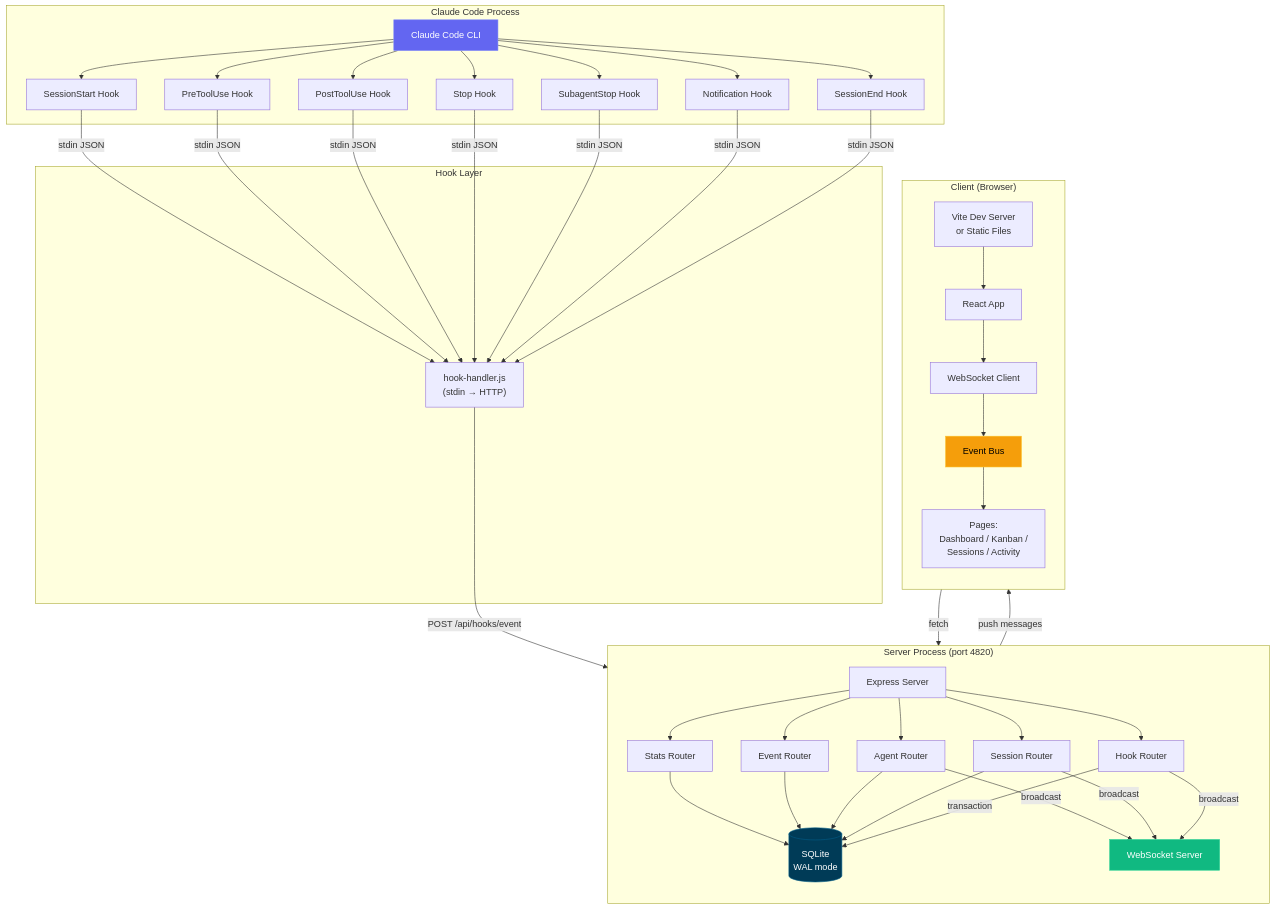
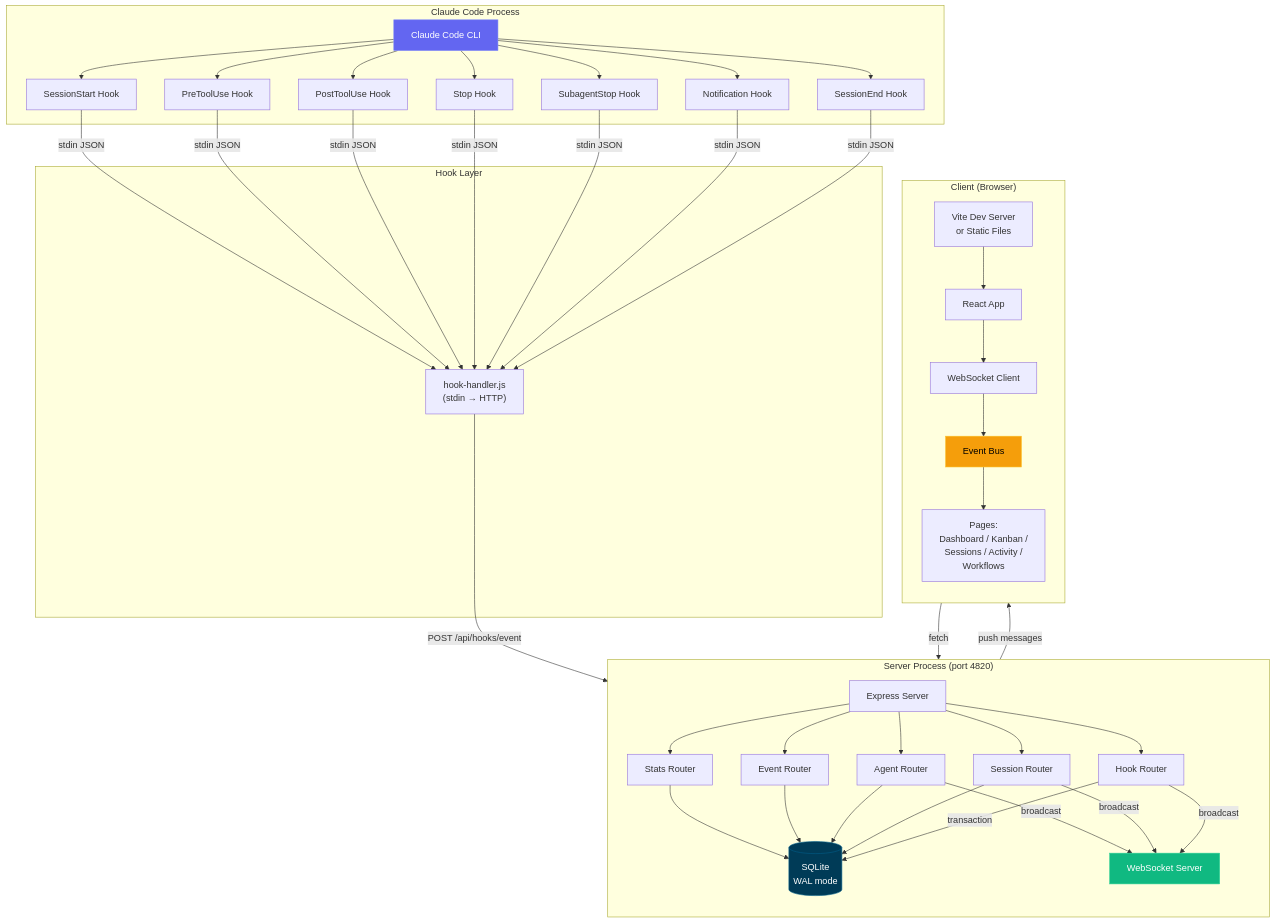
The second of 27 diagrams in ARCHITECTURE.md (StrainReviews/Claude-Code-Agent-Monitor), drawn with Mermaid before and after one commit. The commit also changed other lines of this file and 29 other files, not shown here.

````diff
--- a/ARCHITECTURE.md
+++ b/ARCHITECTURE.md
@@ -78,60 +79,60 @@
 ```mermaid
 graph TB
     subgraph "Claude Code Process"
         CC[Claude Code CLI]
         H0[SessionStart Hook]
         H1[PreToolUse Hook]
         H2[PostToolUse Hook]
         H3[Stop Hook]
         H4[SubagentStop Hook]
         H5[Notification Hook]
         H6[SessionEnd Hook]
         CC --> H0 & H1 & H2 & H3 & H4 & H5 & H6
     end
 
     subgraph "Hook Layer"
         HH["hook-handler.js<br/>(stdin → HTTP)"]
         H0 & H1 & H2 & H3 & H4 & H5 & H6 -->|stdin JSON| HH
     end
 
     subgraph "Server Process (port 4820)"
         direction TB
         EX[Express Server]
         HR[Hook Router]
         SR[Session Router]
         AR[Agent Router]
         ER[Event Router]
         STR[Stats Router]
         DB[(SQLite<br/>WAL mode)]
         WSS[WebSocket Server]
 
         EX --> HR & SR & AR & ER & STR
         HR -->|transaction| DB
         SR & AR & ER & STR --> DB
         HR -->|broadcast| WSS
         SR & AR -->|broadcast| WSS
     end
 
     subgraph "Client (Browser)"
         direction TB
         VITE[Vite Dev Server<br/>or Static Files]
         APP[React App]
         WS_CLIENT[WebSocket Client]
         EB[Event Bus]
-        PAGES[Pages:<br/>Dashboard / Kanban /<br/>Sessions / Activity]
+        PAGES[Pages:<br/>Dashboard / Kanban /<br/>Sessions / Activity /<br/>Workflows]
 
         VITE --> APP
         APP --> WS_CLIENT
         WS_CLIENT --> EB
         EB --> PAGES
         PAGES -->|fetch| EX
     end
 
     HH -->|"POST /api/hooks/event"| HR
     WSS -->|push messages| WS_CLIENT
 
     style CC fill:#6366f1,stroke:#818cf8,color:#fff
     style DB fill:#003B57,stroke:#005f8a,color:#fff
     style WSS fill:#10b981,stroke:#34d399,color:#fff
     style EB fill:#f59e0b,stroke:#fbbf24,color:#000
 ```
````
